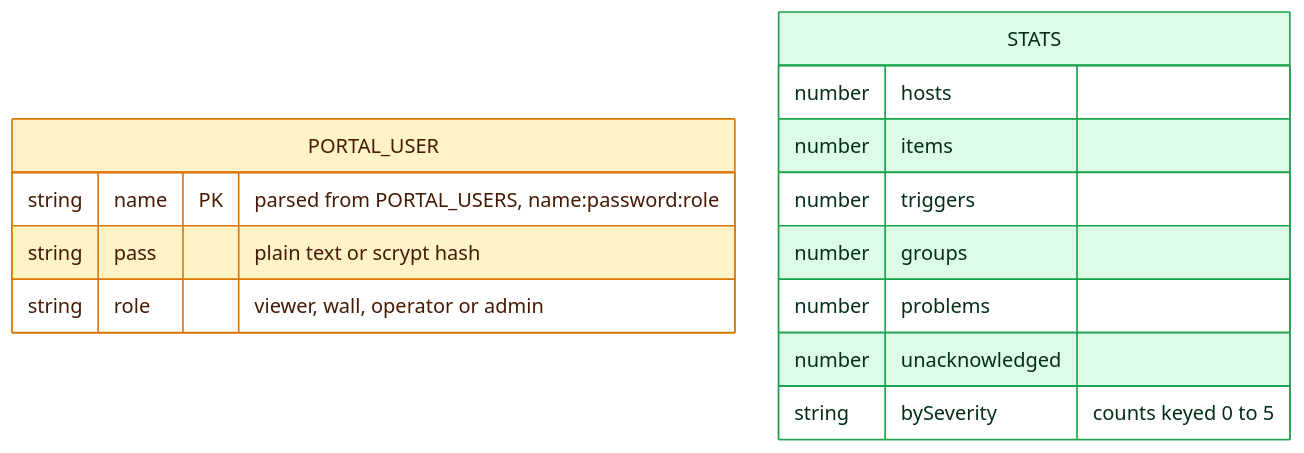
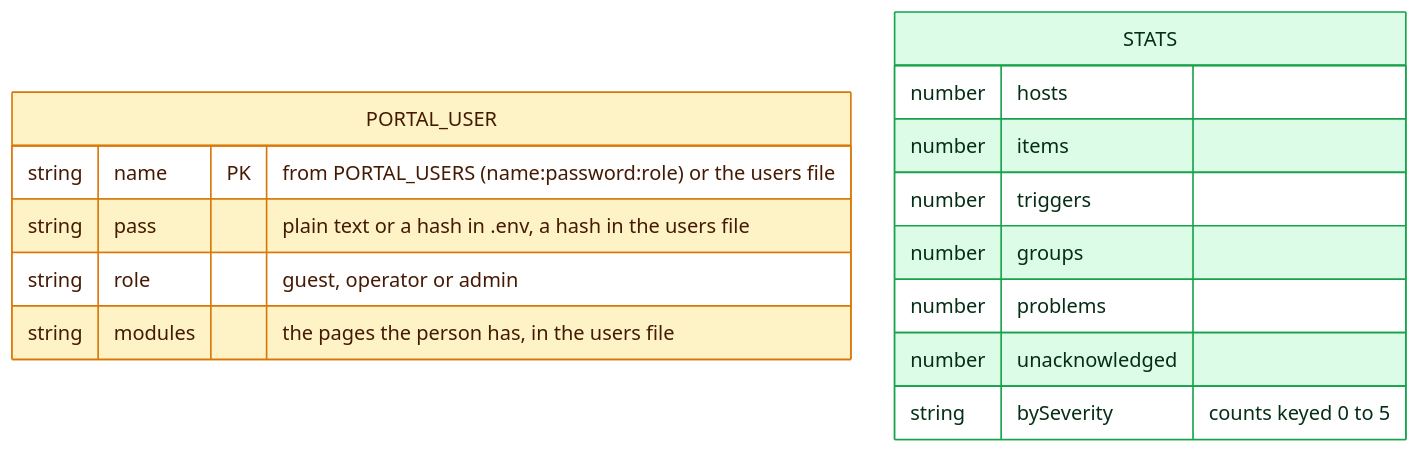
The tenth of 10 diagrams in docs/erd/vanilla/ERD-Domains.md (Fxkra28/Dashboard-Zabbix-Prototype-Local_LLM), drawn with Mermaid before and after one commit. The commit also changed 558 other files, not shown here.

````diff
--- a/docs/erd/vanilla/ERD-Domains.md
+++ b/docs/erd/vanilla/ERD-Domains.md
@@ -703,29 +703,30 @@
 ```mermaid
 ---
 config:
   layout: elk
 ---
 erDiagram
     direction TB
     PORTAL_USER {
-        string name PK "parsed from PORTAL_USERS, name:password:role"
-        string pass "plain text or scrypt hash"
-        string role "viewer, wall, operator or admin"
+        string name PK "from PORTAL_USERS (name:password:role) or the users file"
+        string pass "plain text or a hash in .env, a hash in the users file"
+        string role "guest, operator or admin"
+        string modules "the pages the person has, in the users file"
     }
     STATS {
         number hosts
         number items
         number triggers
         number groups
         number problems
         number unacknowledged
         string bySeverity "counts keyed 0 to 5"
     }
 
     classDef zbx      fill:#dbeafe,stroke:#2563eb,color:#14213d
     classDef derived  fill:#dcfce7,stroke:#16a34a,color:#052e16
     classDef local    fill:#fef3c7,stroke:#d97706,color:#451a03
     classDef external fill:#f1f5f9,stroke:#94a3b8,color:#475569
     class STATS derived
     class PORTAL_USER local
 ```
````
